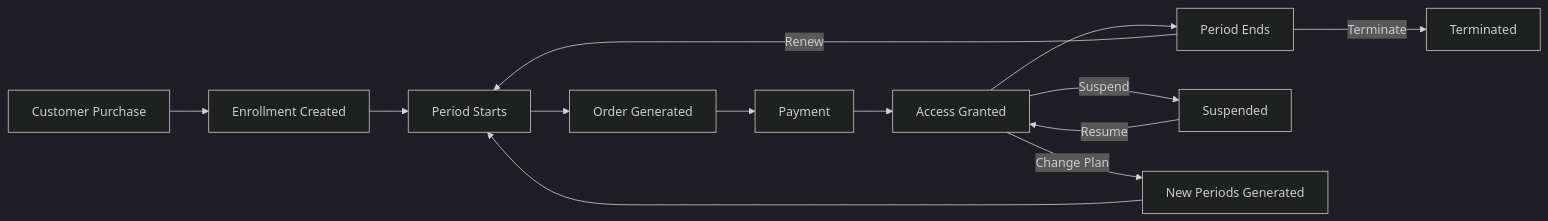
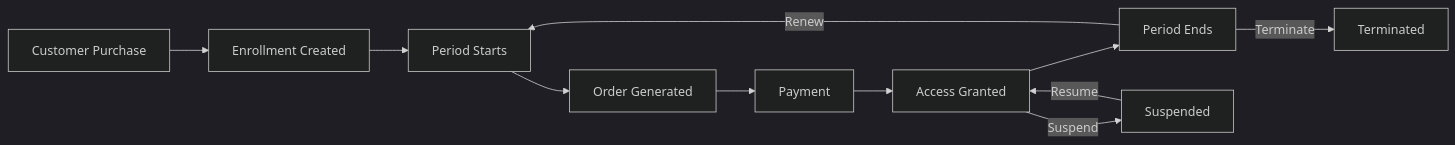
The first of 2 diagrams in docs/docs/plugins/enrollments/index.md (unchainedshop/unchained), drawn with Mermaid (dark theme) before and after one commit. The commit also changed other lines of this file and 44 other files, not shown here.

````diff
--- a/docs/docs/plugins/enrollments/index.md
+++ b/docs/docs/plugins/enrollments/index.md
@@ -26,15 +26,13 @@
 ```mermaid
 flowchart LR
     A[Customer Purchase] --> B[Enrollment Created]
     B --> C[Period Starts]
     C --> D[Order Generated]
     D --> E[Payment]
     E --> F[Access Granted]
     F --> G[Period Ends]
     G -->|Renew| C
     G -->|Terminate| H[Terminated]
     F -->|Suspend| I[Suspended]
     I -->|Resume| F
-    F -->|Change Plan| J[New Periods Generated]
-    J --> C
 ```
````
